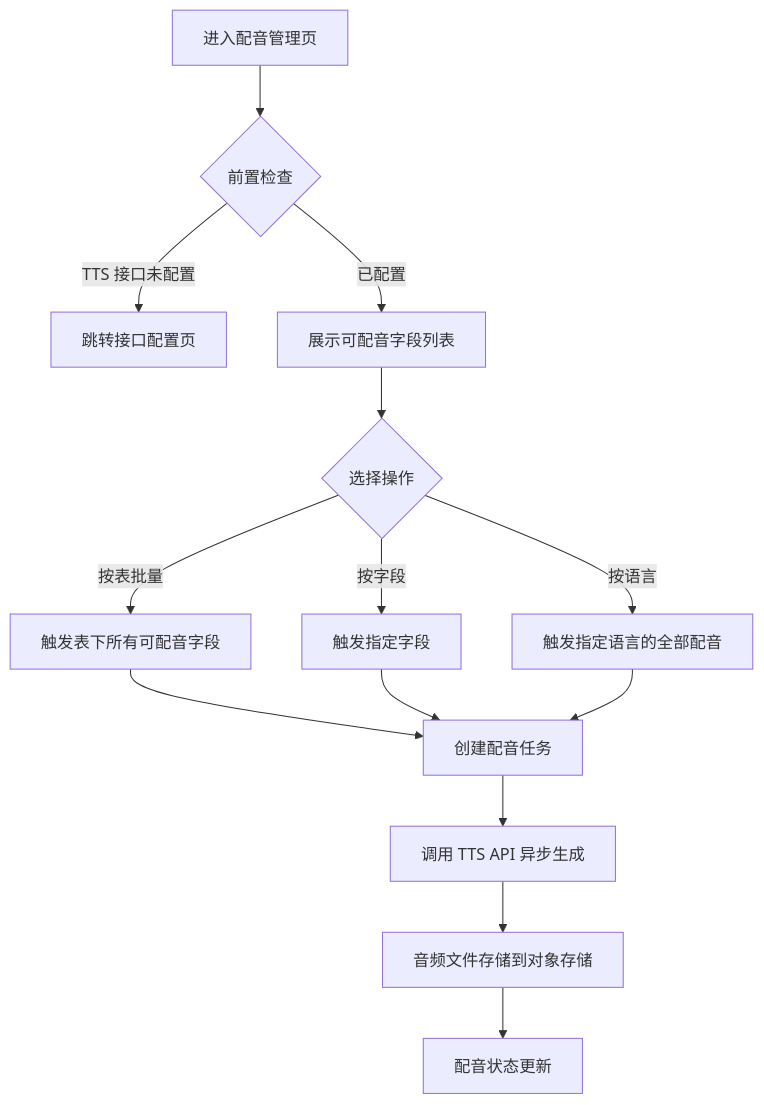
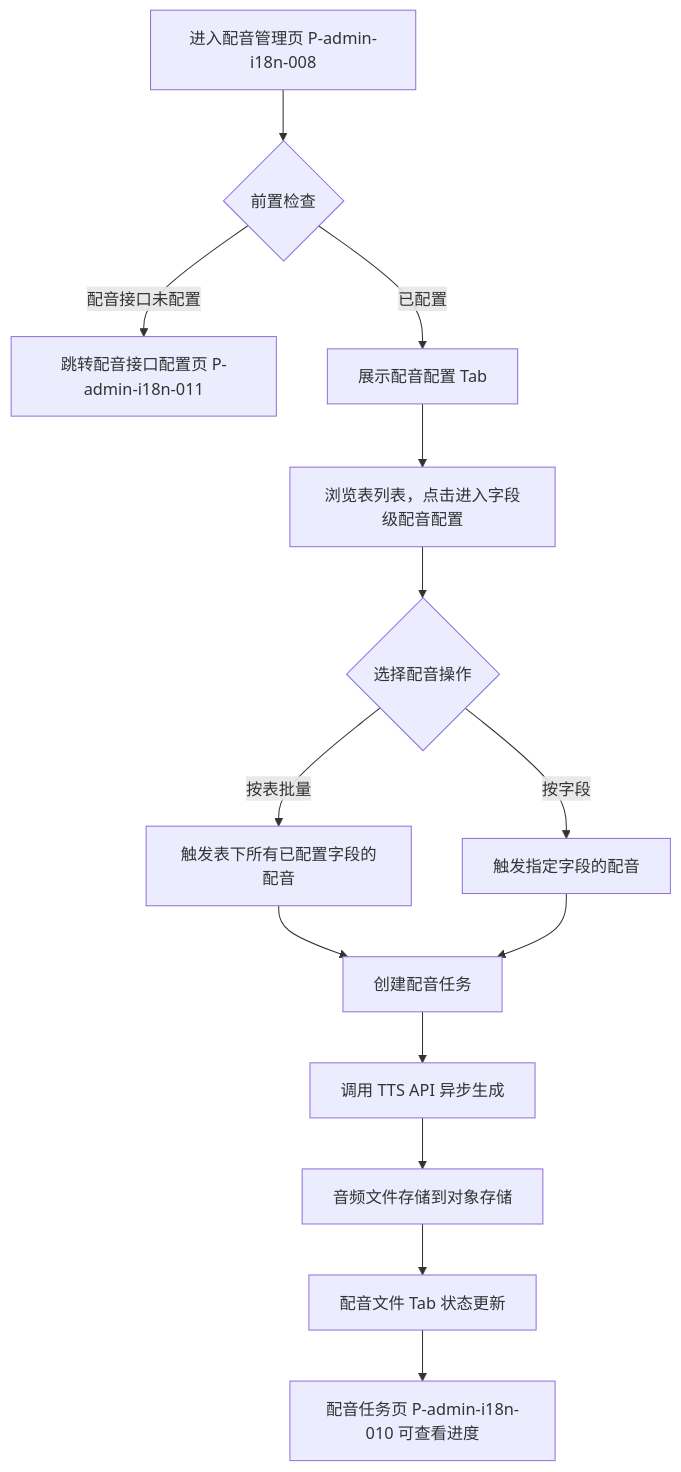
Before and after one commit to foryou2026/chinese: the fourth of 6 diagrams in docs/C02-ia-interaction/admin/i18n/translation-hub/02-flows.md, drawn with Mermaid. The commit also changed other lines of this file and 26 other files, not shown here.

````diff
--- a/docs/C02-ia-interaction/admin/i18n/translation-hub/02-flows.md
+++ b/docs/C02-ia-interaction/admin/i18n/translation-hub/02-flows.md
@@ -63,14 +63,15 @@
 ```mermaid
 flowchart TD
-    A[进入配音管理页] --> B{前置检查}
-    B -->|TTS 接口未配置| C[跳转接口配置页]
-    B -->|已配置| D[展示可配音字段列表]
-    D --> E{选择操作}
-    E -->|按表批量| F[触发表下所有可配音字段]
-    E -->|按字段| G[触发指定字段]
-    E -->|按语言| H[触发指定语言的全部配音]
-    F & G & H --> I[创建配音任务]
+    A[进入配音管理页 P-admin-i18n-008] --> B{前置检查}
+    B -->|配音接口未配置| C[跳转配音接口配置页 P-admin-i18n-011]
+    B -->|已配置| D[展示配音配置 Tab]
+    D --> E[浏览表列表，点击进入字段级配音配置]
+    E --> F{选择配音操作}
+    F -->|按表批量| G[触发表下所有已配置字段的配音]
+    F -->|按字段| H[触发指定字段的配音]
+    G & H --> I[创建配音任务]
     I --> J[调用 TTS API 异步生成]
     J --> K[音频文件存储到对象存储]
-    K --> L[配音状态更新]
+    K --> L[配音文件 Tab 状态更新]
+    L --> M[配音任务页 P-admin-i18n-010 可查看进度]
 ```
````
